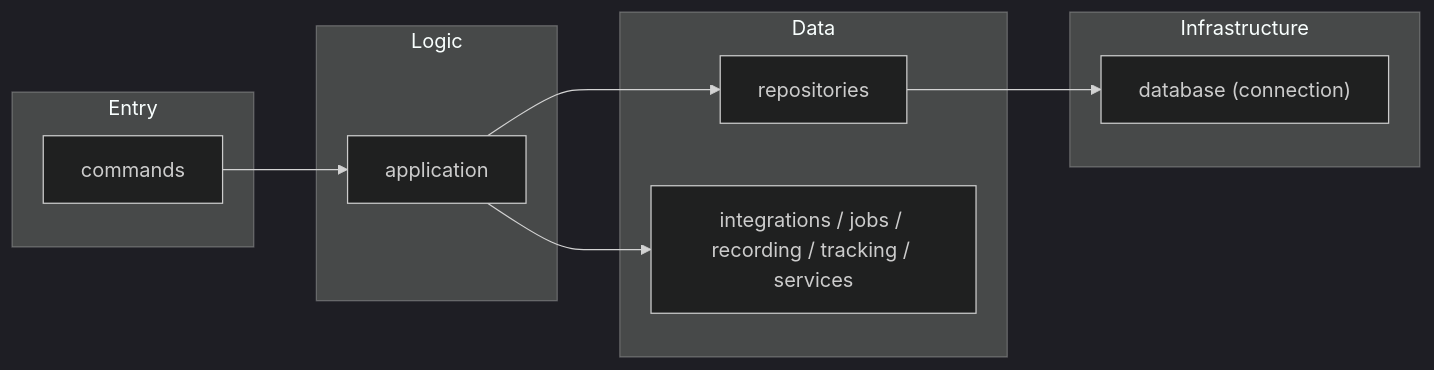
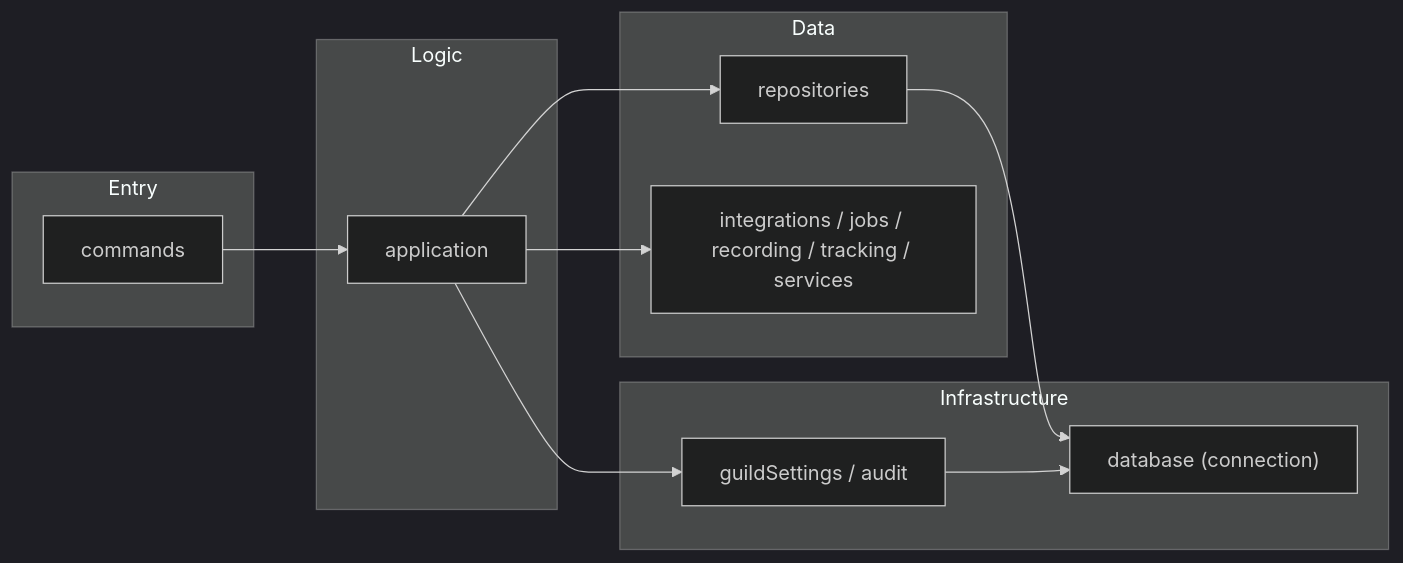
One commit to iam74k4/DiscordBot changed the first of 2 diagrams in docs/architecture.md. Above: the diagram before and after it, drawn with Mermaid (dark theme). The commit also changed other lines of this file and 29 other files, not shown here.

````diff
--- a/docs/architecture.md
+++ b/docs/architecture.md
@@ -125,21 +136,24 @@
 ```mermaid
 flowchart LR
   subgraph Entry
     commands["commands"]
   end
   subgraph Logic
     application["application"]
   end
   subgraph Data
     repositories["repositories"]
     runtimeFolders["integrations / jobs / recording / tracking / services"]
   end
   subgraph Infrastructure
     database["database (connection)"]
+    sharedInfra["guildSettings / audit"]
   end
 
   commands --> application
   application --> repositories
   application --> runtimeFolders
+  application --> sharedInfra
   repositories --> database
+  sharedInfra --> database
 ```
````
